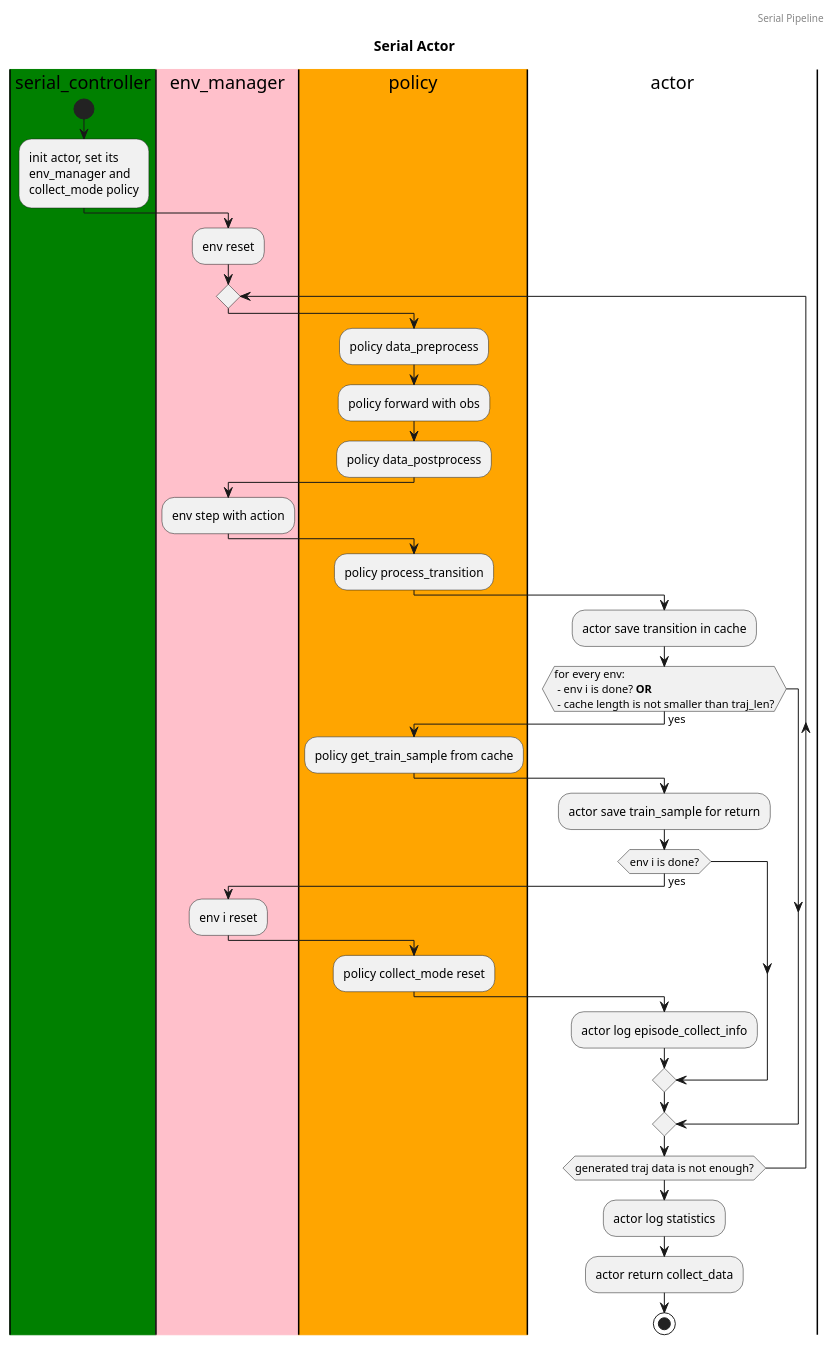
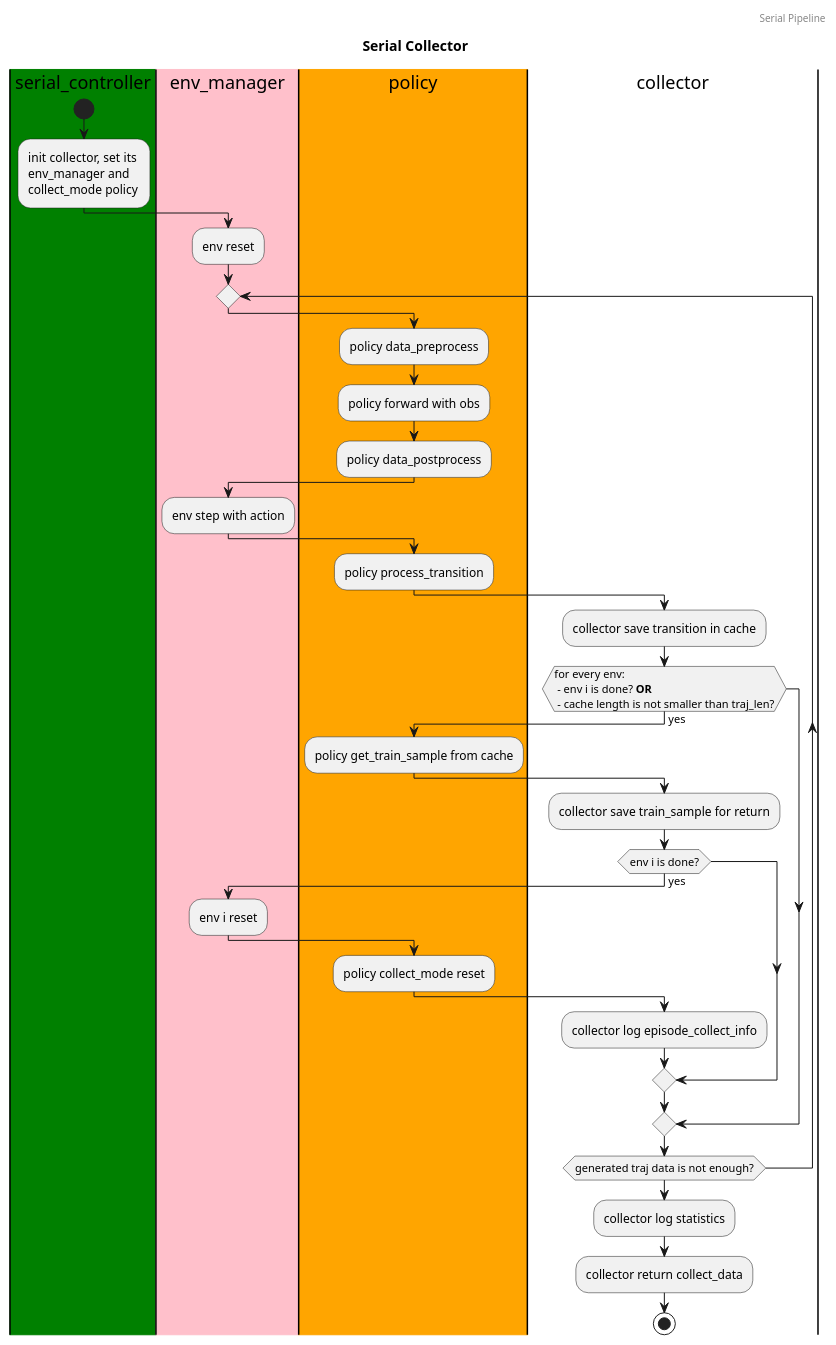
One commit to opendilab/DI-engine changed the diagram in nervex/design/serial_actor.puml. Above: the diagram before and after it, drawn with PlantUML. The commit also changed 181 other files, not shown here.

```diff
--- a/nervex/design/serial_actor.puml
+++ b/nervex/design/serial_actor.puml
@@ -1,46 +1,46 @@
-@startuml serial_actor
+@startuml serial_collector
 header Serial Pipeline
-title Serial Actor
+title Serial Collector
 
 |#green|serial_controller|
 |#pink|env_manager|
 |#orange|policy|
-|actor|
+|collector|
 
 |#green|serial_controller|
 start
-:init actor, set its \nenv_manager and \ncollect_mode policy;
+:init collector, set its \nenv_manager and \ncollect_mode policy;
 |#pink|env_manager|
 :env reset;
 repeat
   |#orange|policy|
   :policy data_preprocess;
   :policy forward with obs;
   :policy data_postprocess;
   |#pink|env_manager|
   :env step with action;
   |#orange|policy|
   :policy process_transition;
-  |actor|
-  :actor save transition in cache;
+  |collector|
+  :collector save transition in cache;
   if (for every env: \n - env i is done? <b>OR</b> \n - cache length is not smaller than traj_len?) then (yes)
     |#orange|policy|
     :policy get_train_sample from cache;
-    |actor|
-    :actor save train_sample for return;
+    |collector|
+    :collector save train_sample for return;
     if (env i is done?) then (yes)
       |#pink|env_manager|
       :env i reset;
       |#orange|policy|
       :policy collect_mode reset;
-      |actor|
-      :actor log episode_collect_info;
+      |collector|
+      :collector log episode_collect_info;
     endif
   endif
 repeat while (generated traj data is not enough?)
-|actor|
-:actor log statistics;
-:actor return collect_data;
+|collector|
+:collector log statistics;
+:collector return collect_data;
 stop
 
 @enduml
```
